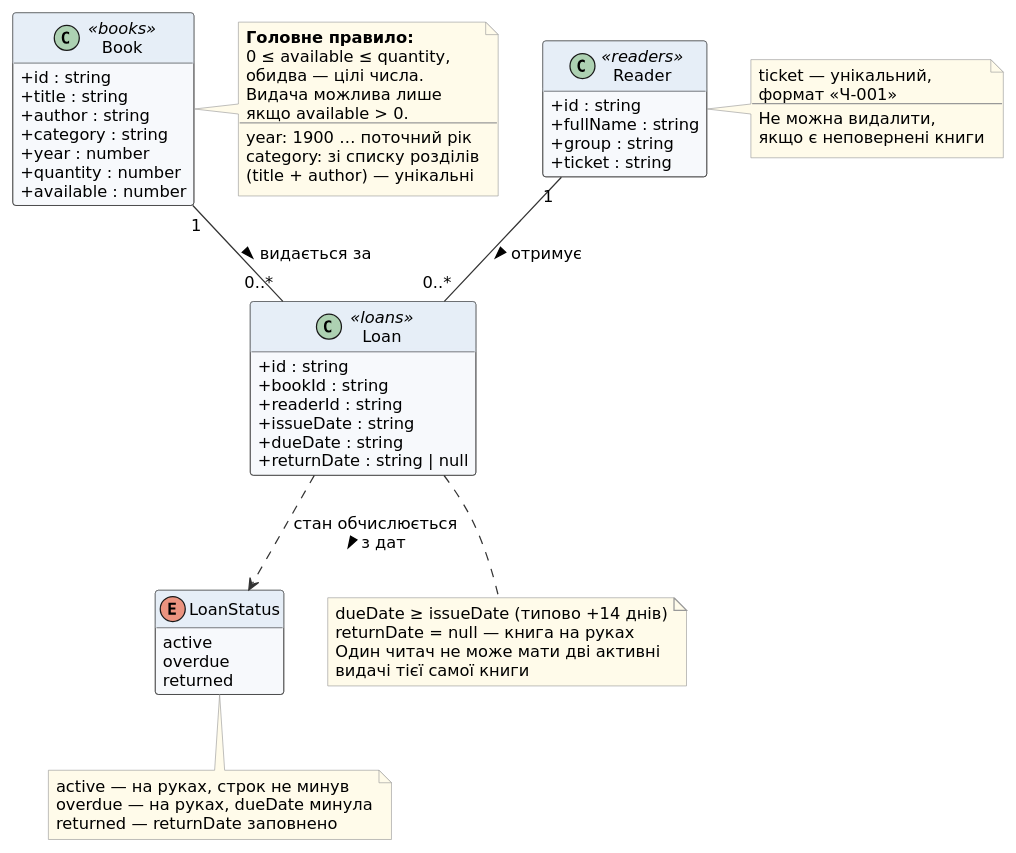
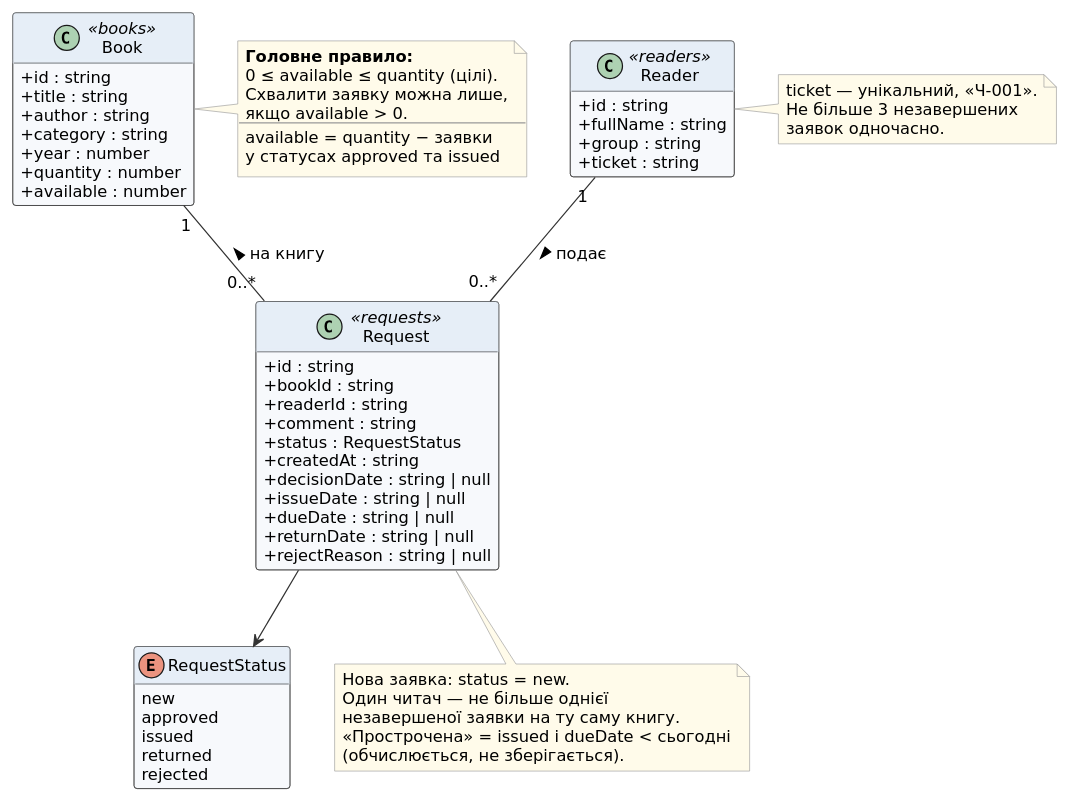
One commit to Graf22-jpg/course-project changed the diagram in docs/uml/class-diagram.puml. Above: the diagram before and after it, drawn with PlantUML. The commit also changed 38 other files, not shown here.

```diff
--- a/docs/uml/class-diagram.puml
+++ b/docs/uml/class-diagram.puml
@@ -1,87 +1,84 @@
 @startuml class-diagram
-' Діаграма класів предметної області
-' Відповідає колекціям db.json (books, readers, loans) і правилам у app.js
+' Діаграма класів предметної області — колекції db.json
 
 skinparam defaultFontName "DejaVu Sans"
 skinparam defaultFontSize 13
 skinparam shadowing false
 skinparam backgroundColor white
 skinparam classBorderColor #333333
 skinparam classBackgroundColor #F7F9FC
 skinparam classHeaderBackgroundColor #E6EEF7
 skinparam ArrowColor #333333
 skinparam noteBorderColor #999999
 skinparam noteBackgroundColor #FFFBEA
 skinparam classAttributeIconSize 0
 hide empty methods
 
 class Book <<books>> {
   + id : string
   + title : string
   + author : string
   + category : string
   + year : number
   + quantity : number
   + available : number
 }
 
 class Reader <<readers>> {
   + id : string
   + fullName : string
   + group : string
   + ticket : string
 }
 
-class Loan <<loans>> {
+class Request <<requests>> {
   + id : string
   + bookId : string
   + readerId : string
-  + issueDate : string
-  + dueDate : string
+  + comment : string
+  + status : RequestStatus
+  + createdAt : string
+  + decisionDate : string | null
+  + issueDate : string | null
+  + dueDate : string | null
   + returnDate : string | null
+  + rejectReason : string | null
 }
 
-enum LoanStatus {
-  active
-  overdue
+enum RequestStatus {
+  new
+  approved
+  issued
   returned
+  rejected
 }
 
-Book "1" -- "0..*" Loan : видається за >
-Reader "1" -- "0..*" Loan : отримує >
-Loan ..> LoanStatus : стан обчислюється\nз дат >
+Book "1" -- "0..*" Request : на книгу <
+Reader "1" -- "0..*" Request : подає >
+Request --> RequestStatus
 
 note right of Book
   **Головне правило:**
-  0 ≤ available ≤ quantity,
-  обидва — цілі числа.
-  Видача можлива лише
+  0 ≤ available ≤ quantity (цілі).
+  Схвалити заявку можна лише,
   якщо available > 0.
   ----
-  year: 1900 … поточний рік
-  category: зі списку розділів
-  (title + author) — унікальні
+  available = quantity − заявки
+  у статусах approved та issued
 end note
 
 note right of Reader
-  ticket — унікальний,
-  формат «Ч-001»
-  ----
-  Не можна видалити,
-  якщо є неповернені книги
+  ticket — унікальний, «Ч-001».
+  Не більше 3 незавершених
+  заявок одночасно.
 end note
 
-note bottom of Loan
-  dueDate ≥ issueDate (типово +14 днів)
-  returnDate = null — книга на руках
-  Один читач не може мати дві активні
-  видачі тієї самої книги
-end note
-
-note bottom of LoanStatus
-  active — на руках, строк не минув
-  overdue — на руках, dueDate минула
-  returned — returnDate заповнено
+note bottom of Request
+  Нова заявка: status = new.
+  Один читач — не більше однієї
+  незавершеної заявки на ту саму книгу.
+  «Прострочена» = issued і dueDate < сьогодні
+  (обчислюється, не зберігається).
 end note
 
 @enduml
```
